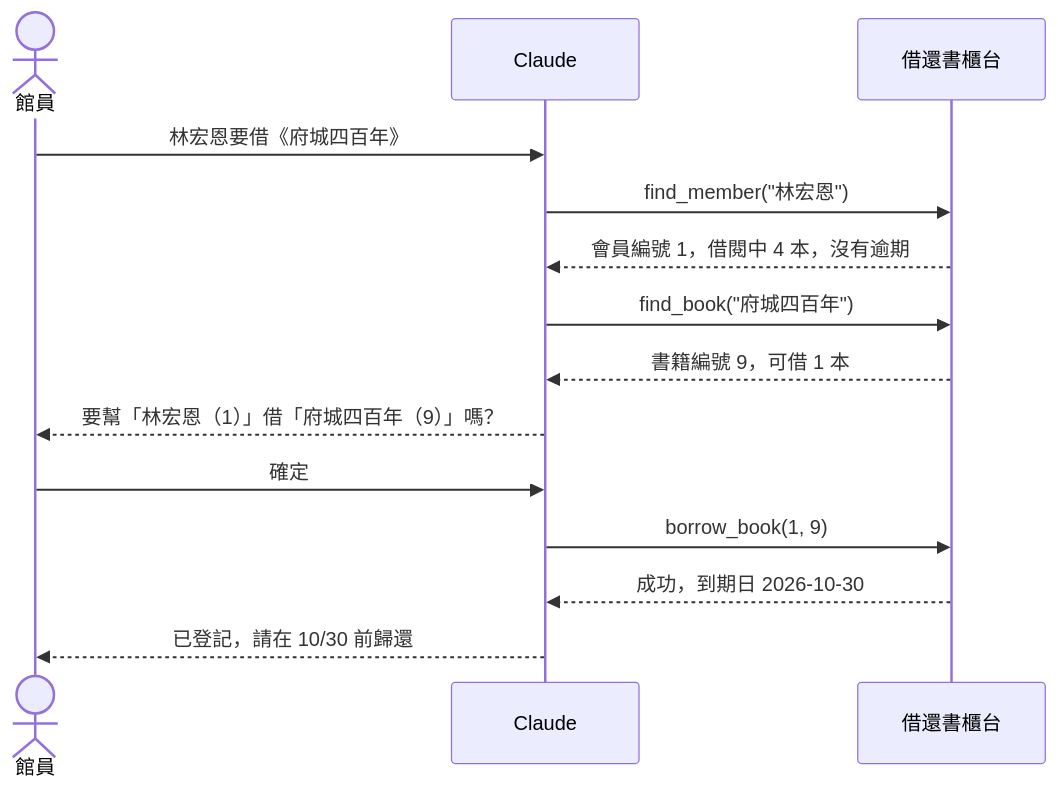
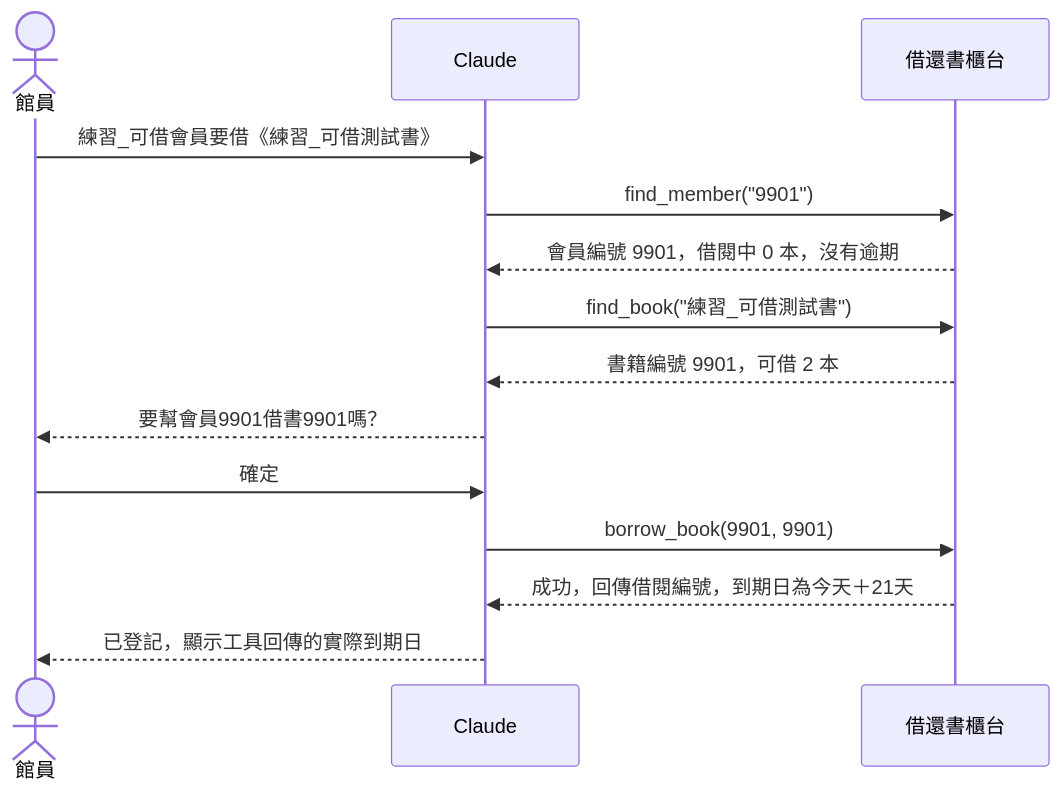
One commit to roberthsu2003/postgreSQL_MCP changed the second of 2 diagrams in mcp_server/2_寫入型MCP_server/README.md. Above: the diagram before and after it, drawn with Mermaid. The commit also changed other lines of this file and 22 other files, not shown here.

````diff
--- a/mcp_server/2_寫入型MCP_server/README.md
+++ b/mcp_server/2_寫入型MCP_server/README.md
@@ -61,17 +88,17 @@
 ```mermaid
 sequenceDiagram
     actor 館員
     participant AI as Claude
     participant MCP as 借還書櫃台
 
-    館員->>AI: 林宏恩要借《府城四百年》
-    AI->>MCP: find_member("林宏恩")
-    MCP-->>AI: 會員編號 1，借閱中 4 本，沒有逾期
-    AI->>MCP: find_book("府城四百年")
-    MCP-->>AI: 書籍編號 9，可借 1 本
-    AI-->>館員: 要幫「林宏恩（1）」借「府城四百年（9）」嗎？
+    館員->>AI: 練習_可借會員要借《練習_可借測試書》
+    AI->>MCP: find_member("9901")
+    MCP-->>AI: 會員編號 9901，借閱中 0 本，沒有逾期
+    AI->>MCP: find_book("練習_可借測試書")
+    MCP-->>AI: 書籍編號 9901，可借 2 本
+    AI-->>館員: 要幫會員9901借書9901嗎？
     館員->>AI: 確定
-    AI->>MCP: borrow_book(1, 9)
-    MCP-->>AI: 成功，到期日 2026-10-30
-    AI-->>館員: 已登記，請在 10/30 前歸還
+    AI->>MCP: borrow_book(9901, 9901)
+    MCP-->>AI: 成功，回傳借閱編號，到期日為今天＋21天
+    AI-->>館員: 已登記，顯示工具回傳的實際到期日
 ```
````
